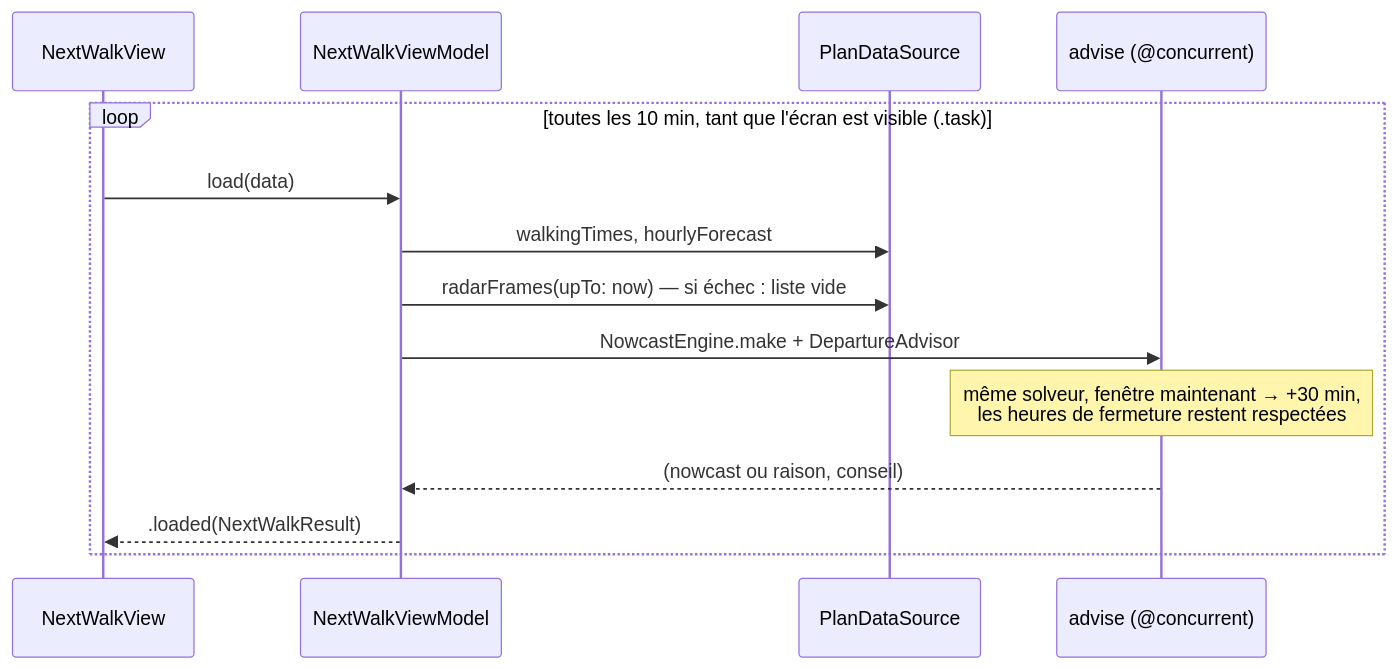
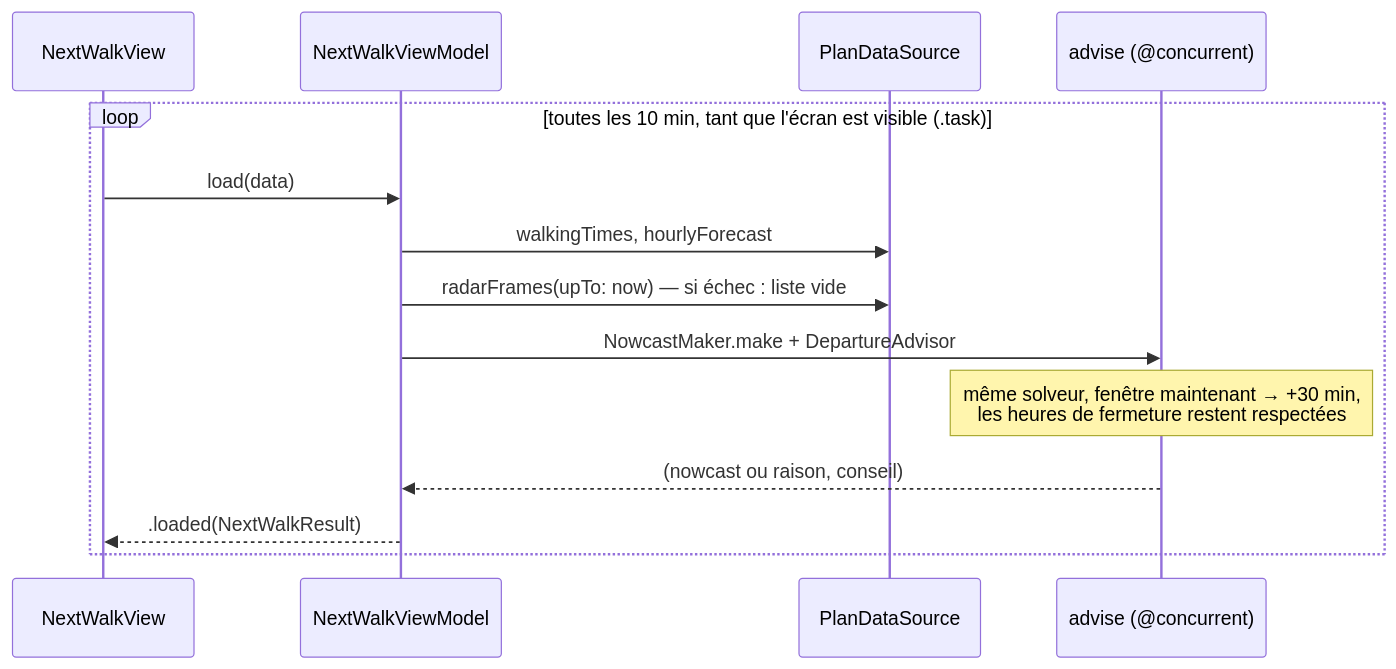
The ninth of 14 diagrams in docs/explication-du-code.md (clembdn/WeatherWindows), drawn with Mermaid before and after one commit. The commit also changed other lines of this file and 240 other files, not shown here.

````diff
--- a/docs/explication-du-code.md
+++ b/docs/explication-du-code.md
@@ -375,17 +484,17 @@
 ```mermaid
 sequenceDiagram
     participant V as NextWalkView
     participant VM as NextWalkViewModel
     participant D as PlanDataSource
     participant C as advise (@concurrent)
 
     loop toutes les 10 min, tant que l'écran est visible (.task)
         V->>VM: load(data)
         VM->>D: walkingTimes, hourlyForecast
         VM->>D: radarFrames(upTo: now) — si échec : liste vide
-        VM->>C: NowcastEngine.make + DepartureAdvisor
+        VM->>C: NowcastMaker.make + DepartureAdvisor
         Note over C: même solveur, fenêtre maintenant → +30 min,<br/>les heures de fermeture restent respectées
         C-->>VM: (nowcast ou raison, conseil)
         VM-->>V: .loaded(NextWalkResult)
     end
 ```
````
